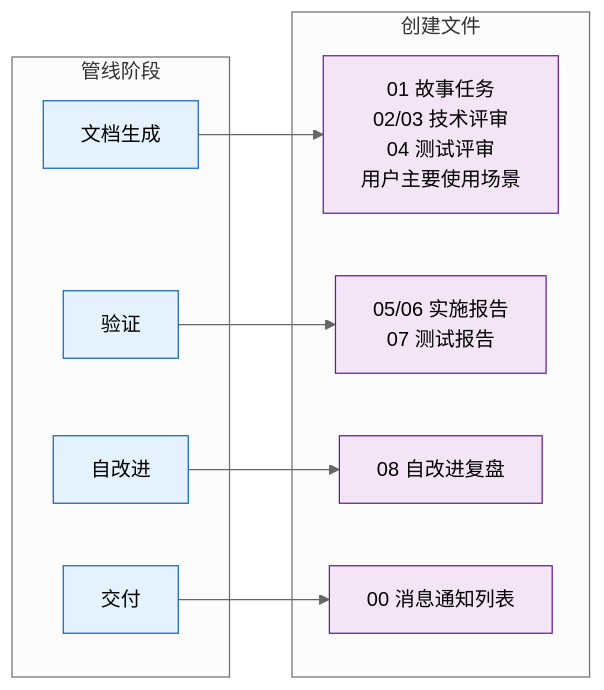
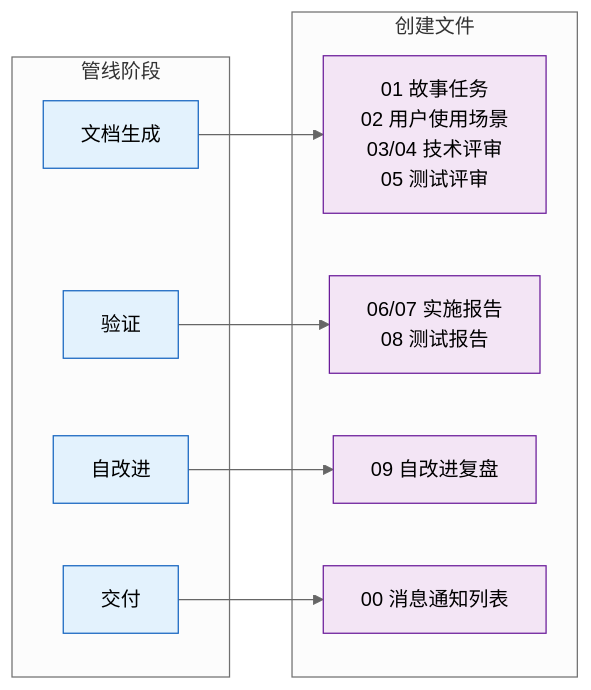
Before and after one commit to effiy/YrY: the fifth of 9 diagrams in rules/doc-generation.md, drawn with Mermaid (neutral theme). The commit also changed other lines of this file and 11 other files, not shown here.

````diff
--- a/rules/doc-generation.md
+++ b/rules/doc-generation.md
@@ -146,22 +146,22 @@
 ```mermaid
 flowchart LR
     subgraph 阶段["管线阶段"]
         P1["文档生成"]:::phase
         P2["验证"]:::phase
         P3["自改进"]:::phase
         P4["交付"]:::phase
     end
     subgraph 产出["创建文件"]
-        O1["01 故事任务<br/>02/03 技术评审<br/>04 测试评审<br/>用户主要使用场景"]:::file
-        O2["05/06 实施报告<br/>07 测试报告"]:::file
-        O3["08 自改进复盘"]:::file
+        O1["01 故事任务<br/>02 用户使用场景<br/>03/04 技术评审<br/>05 测试评审"]:::file
+        O2["06/07 实施报告<br/>08 测试报告"]:::file
+        O3["09 自改进复盘"]:::file
         O4["00 消息通知列表"]:::file
     end
     P1 --> O1
     P2 --> O2
     P3 --> O3
     P4 --> O4
 
     classDef phase fill:#e3f2fd,stroke:#1565c0;
     classDef file fill:#f3e5f5,stroke:#6a1b9a;
 ```
````
